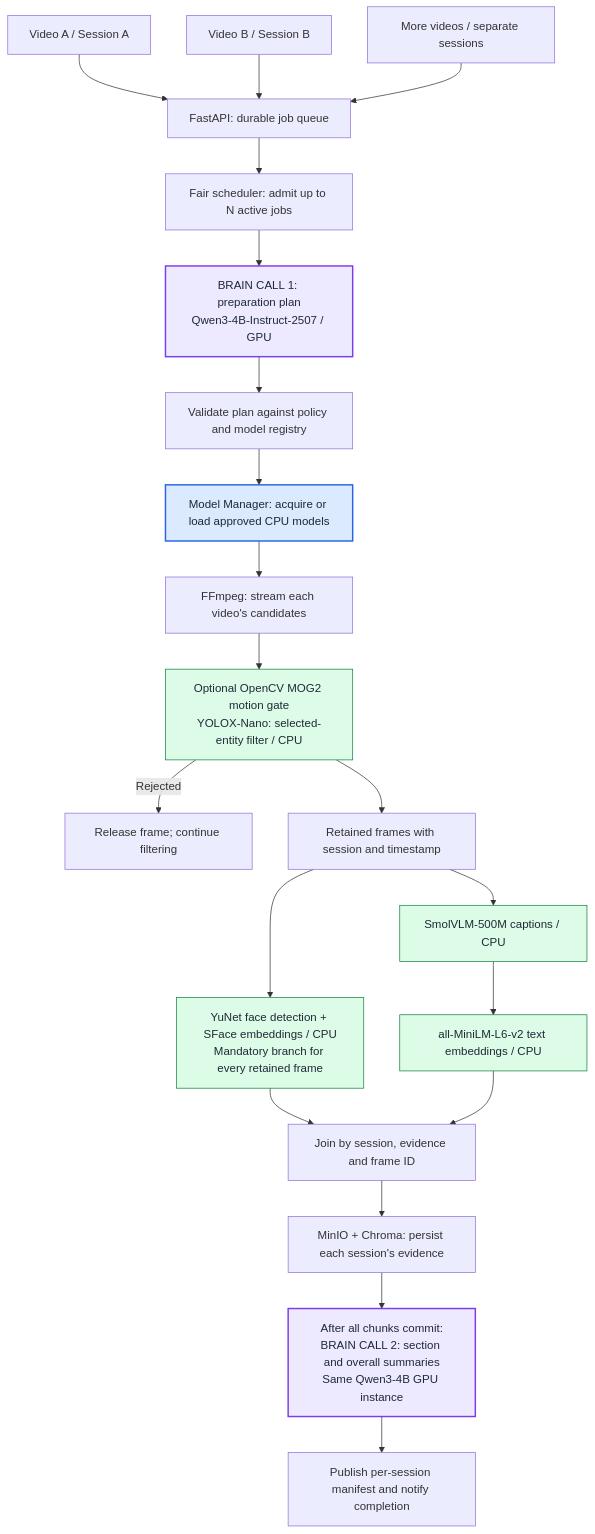
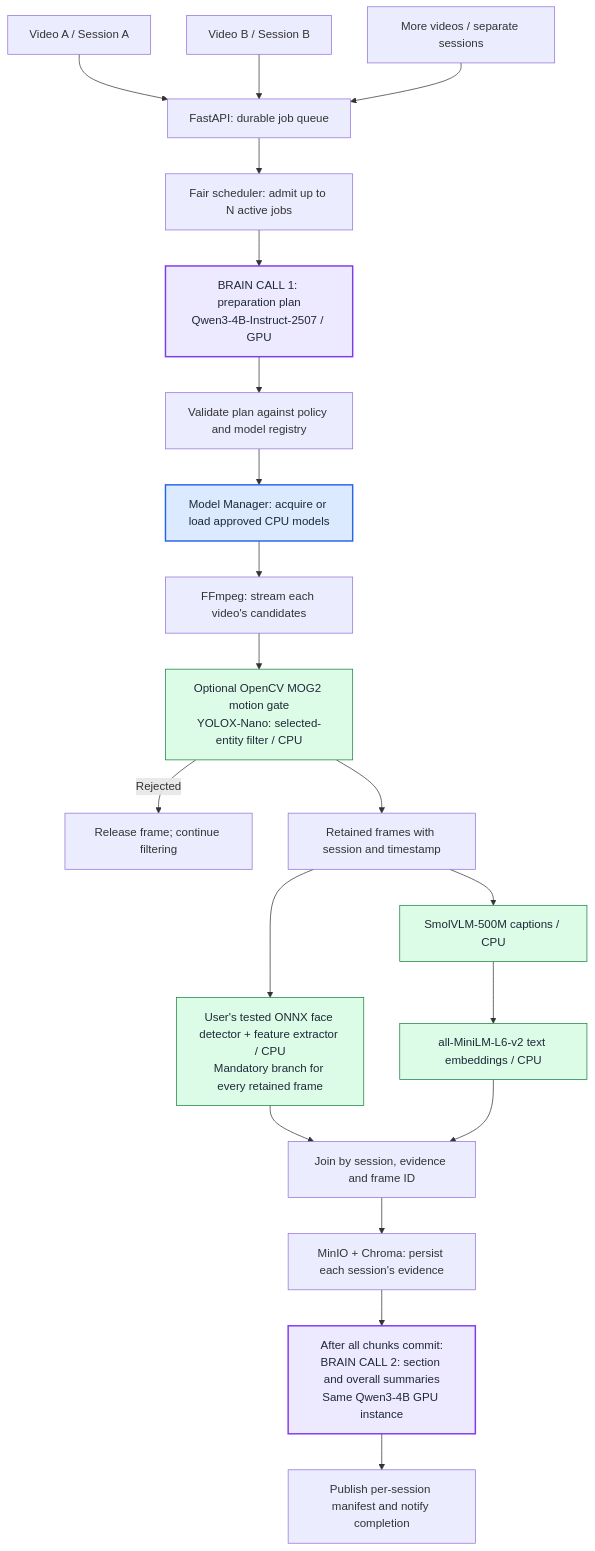
One commit to krishnakv24/Video-Analyzer-Agent changed the first of 2 diagrams in agent_service/docs/architecture.md. Above: the diagram before and after it, drawn with Mermaid. The commit also changed other lines of this file and 2 other files, not shown here.

Commit message:
Intermediate Agnet architecture

````diff
--- a/agent_service/docs/architecture.md
+++ b/agent_service/docs/architecture.md
@@ -11,28 +11,28 @@
 ```mermaid
 flowchart TD
     A["Video A / Session A"] --> Q["FastAPI: durable job queue"]
     B["Video B / Session B"] --> Q
     C["More videos / separate sessions"] --> Q
     Q --> S["Fair scheduler: admit up to N active jobs"]
     S --> P["BRAIN CALL 1: preparation plan<br/>Qwen3-4B-Instruct-2507 / GPU"]
     P --> V["Validate plan against policy and model registry"]
     V --> M["Model Manager: acquire or load approved CPU models"]
     M --> D["FFmpeg: stream each video's candidates"]
     D --> O["Optional OpenCV MOG2 motion gate<br/>YOLOX-Nano: selected-entity filter / CPU"]
     O -->|Rejected| X["Release frame; continue filtering"]
     O --> R["Retained frames with session and timestamp"]
-    R --> F["YuNet face detection + SFace embeddings / CPU<br/>Mandatory branch for every retained frame"]
+    R --> F["User's tested ONNX face detector + feature extractor / CPU<br/>Mandatory branch for every retained frame"]
     R --> T["SmolVLM-500M captions / CPU"]
     T --> E["all-MiniLM-L6-v2 text embeddings / CPU"]
     F --> J["Join by session, evidence and frame ID"]
     E --> J
     J --> W["MinIO + Chroma: persist each session's evidence"]
     W --> K["After all chunks commit:<br/>BRAIN CALL 2: section and overall summaries<br/>Same Qwen3-4B GPU instance"]
     K --> Z["Publish per-session manifest and notify completion"]
     classDef brain fill:#ede9fe,stroke:#7c3aed,stroke-width:2px,color:#1f2937
     classDef manager fill:#dbeafe,stroke:#2563eb,stroke-width:2px,color:#1f2937
     classDef vision fill:#dcfce7,stroke:#15803d,color:#1f2937
     class P,K brain
     class M manager
     class O,F,T,E vision
 ```
````
